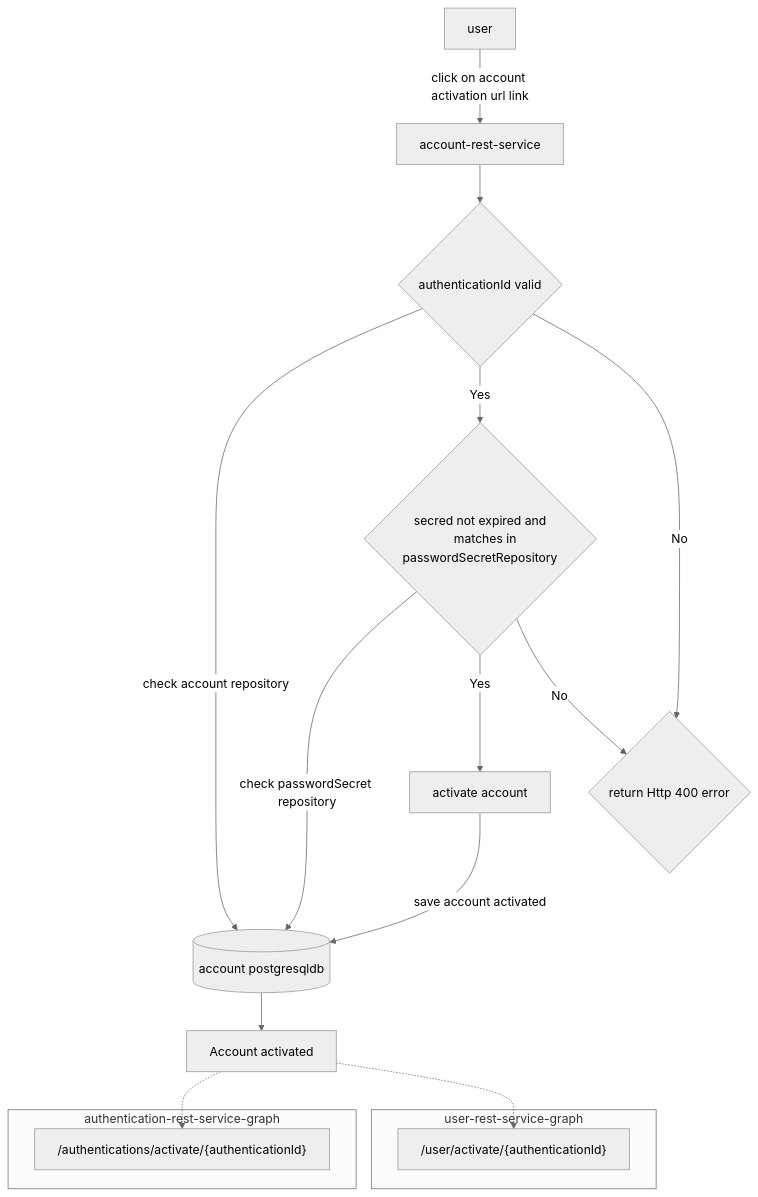
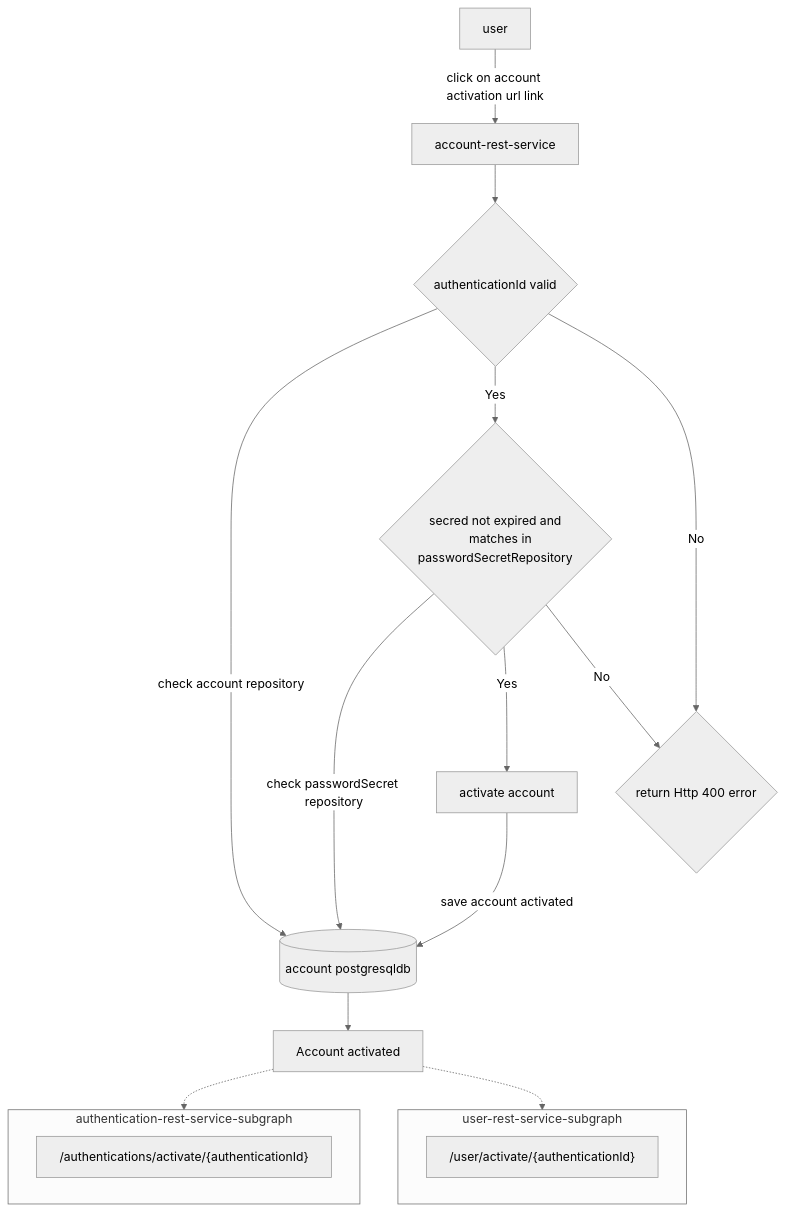
The diagram in README.md (sonamsamdupkhangsar/account-rest-service), drawn with Mermaid (neutral theme) before and after one commit.

Commit message:
commit flow

````diff
--- a/README.md
+++ b/README.md
@@ -63,25 +63,25 @@
 ```mermaid
 flowchart TD
     User[user] --"click on account activation url link" -->  AccountRestService[account-rest-service] 
     AccountRestService --> authIdValid{authenticationId valid}
     authIdValid --"check account repository"--> AccountPgsqlDb[(account postgresqldb)]
    authIdValid -->|Yes| secretValid{"secred not expired and
     matches in passwordSecretRepository"}
    authIdValid -->|No| error400{return Http 400 error}
    secretValid --"check passwordSecret repository" -->AccountPgsqlDb
    secretValid -->|Yes| activateAccount[activate account]
    activateAccount --"save account activated" --> AccountPgsqlDb
    AccountPgsqlDb --> accountActivated["Account activated"]
    secretValid -->|No| error400    
-   accountActivated -.-> authentication-rest-service["authentication-rest-service/authentications/activate/{authenticationId}"]
+   accountActivated -.-> authentication-rest-service-subgraph
    
-   accountActivated -.-> user-rest-service[user-rest-service]
+   accountActivated -.-> user-rest-service-subgraph[user-rest-service]
     
-    subgraph authentication-rest-service-graph
+    subgraph authentication-rest-service-subgraph
     authentication-rest-service["/authentications/activate/{authenticationId}"]
     end
     
-    subgraph user-rest-service-graph
+    subgraph user-rest-service-subgraph
     user-rest-service["/user/activate/{authenticationId}"]
     end    
 ```
````
